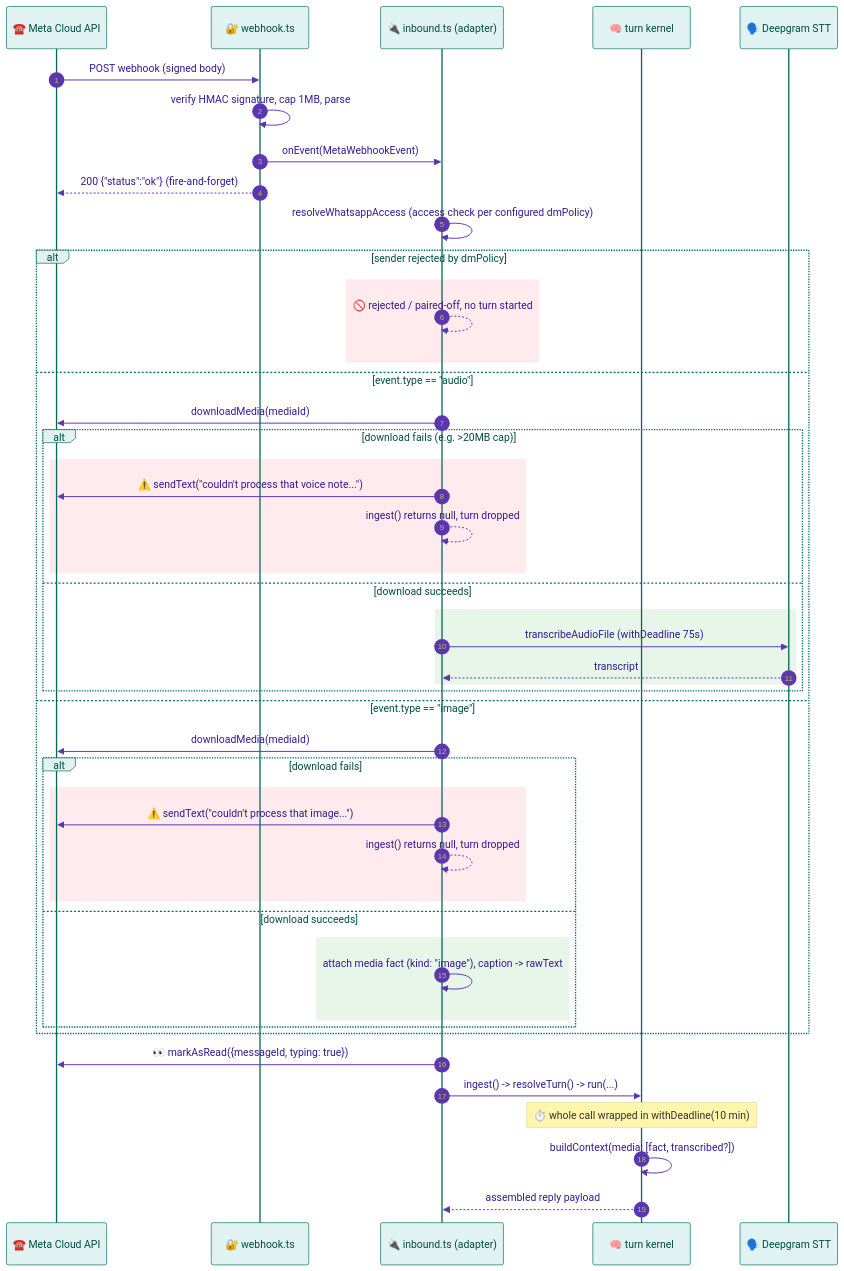
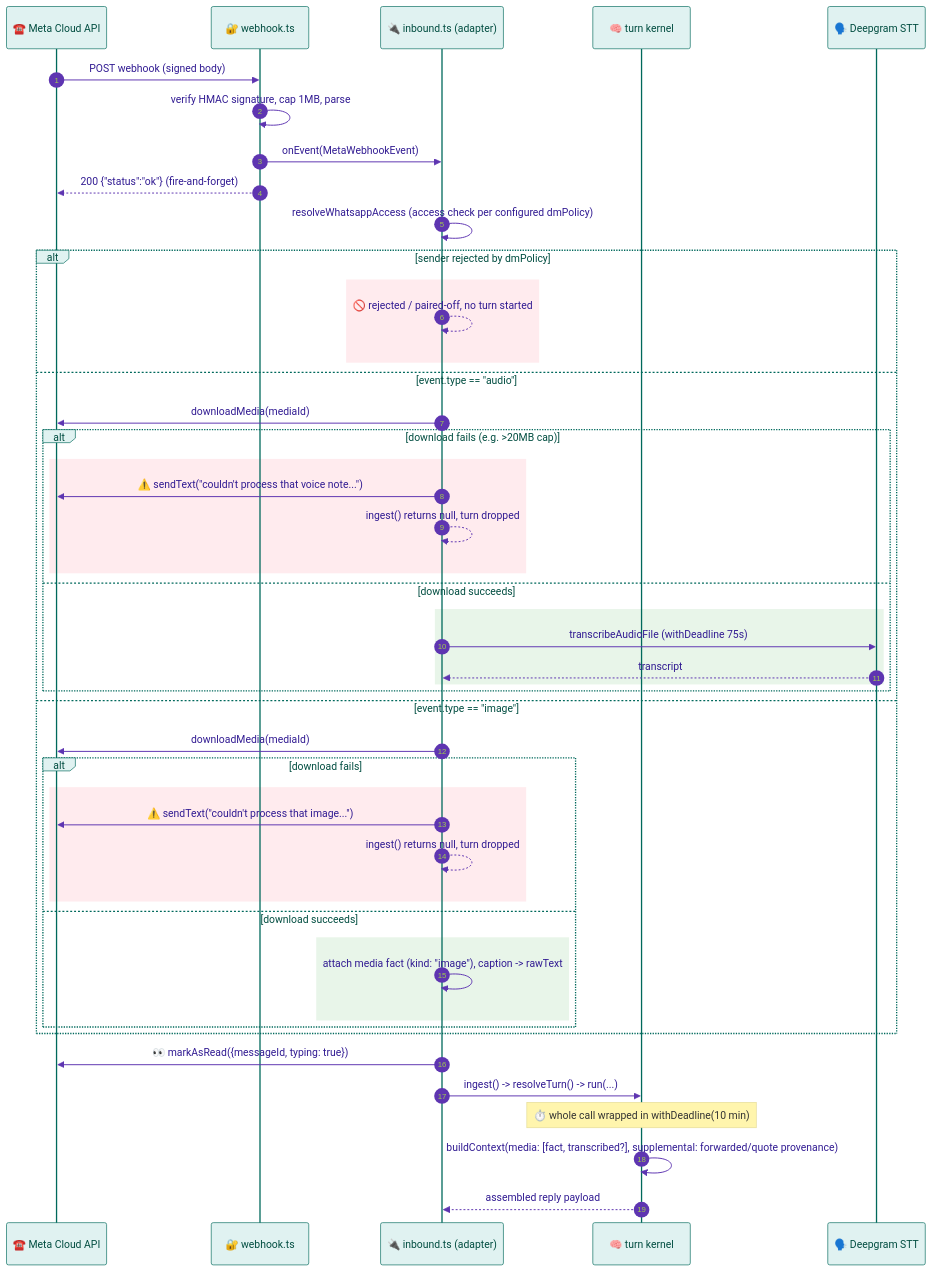
Before and after one commit to shqear93/openclaw-whatsapp-cloud: the third of 6 diagrams in ARCHITECTURE.md, drawn with Mermaid. The commit also changed other lines of this file and 4 other files, not shown here.

````diff
--- a/ARCHITECTURE.md
+++ b/ARCHITECTURE.md
@@ -292,51 +330,51 @@
 ```mermaid
 %%{init: {'theme': 'base', 'themeVariables': {'primaryColor': '#ede7f6', 'primaryBorderColor': '#5e35b1', 'primaryTextColor': '#311b92', 'lineColor': '#5e35b1', 'actorBkg': '#e0f2f1', 'actorBorder': '#00695c', 'actorTextColor': '#004d40', 'signalColor': '#5e35b1', 'signalTextColor': '#311b92'}}}%%
 sequenceDiagram
     autonumber
     participant Meta as ☎️ Meta Cloud API
     participant WH as 🔐 webhook.ts
     participant IN as 🔌 inbound.ts (adapter)
     participant TK as 🧠 turn kernel
     participant DG as 🗣️ Deepgram STT
 
     Meta->>WH: POST webhook (signed body)
     WH->>WH: verify HMAC signature, cap 1MB, parse
     WH->>IN: onEvent(MetaWebhookEvent)
     WH-->>Meta: 200 {"status":"ok"} (fire-and-forget)
     IN->>IN: resolveWhatsappAccess (access check per configured dmPolicy)
     alt sender rejected by dmPolicy
         rect rgb(255, 235, 238)
         IN-->>IN: 🚫 rejected / paired-off, no turn started
         end
     else event.type == "audio"
         IN->>Meta: downloadMedia(mediaId)
         alt download fails (e.g. >20MB cap)
             rect rgb(255, 235, 238)
             IN->>Meta: ⚠️ sendText("couldn't process that voice note...")
             IN-->>IN: ingest() returns null, turn dropped
             end
         else download succeeds
             rect rgb(232, 245, 233)
             IN->>DG: transcribeAudioFile (withDeadline 75s)
             DG-->>IN: transcript
             end
         end
     else event.type == "image"
         IN->>Meta: downloadMedia(mediaId)
         alt download fails
             rect rgb(255, 235, 238)
             IN->>Meta: ⚠️ sendText("couldn't process that image...")
             IN-->>IN: ingest() returns null, turn dropped
             end
         else download succeeds
             rect rgb(232, 245, 233)
             IN->>IN: attach media fact (kind: "image"), caption -> rawText
             end
         end
     end
     IN->>Meta: 👀 markAsRead({messageId, typing: true})
     IN->>TK: ingest() -> resolveTurn() -> run(...)
     Note over TK: ⏱️ whole call wrapped in withDeadline(10 min)
-    TK->>TK: buildContext(media: [fact, transcribed?])
+    TK->>TK: buildContext(media: [fact, transcribed?], supplemental: forwarded/quote provenance)
     TK-->>IN: assembled reply payload
 ```
````
